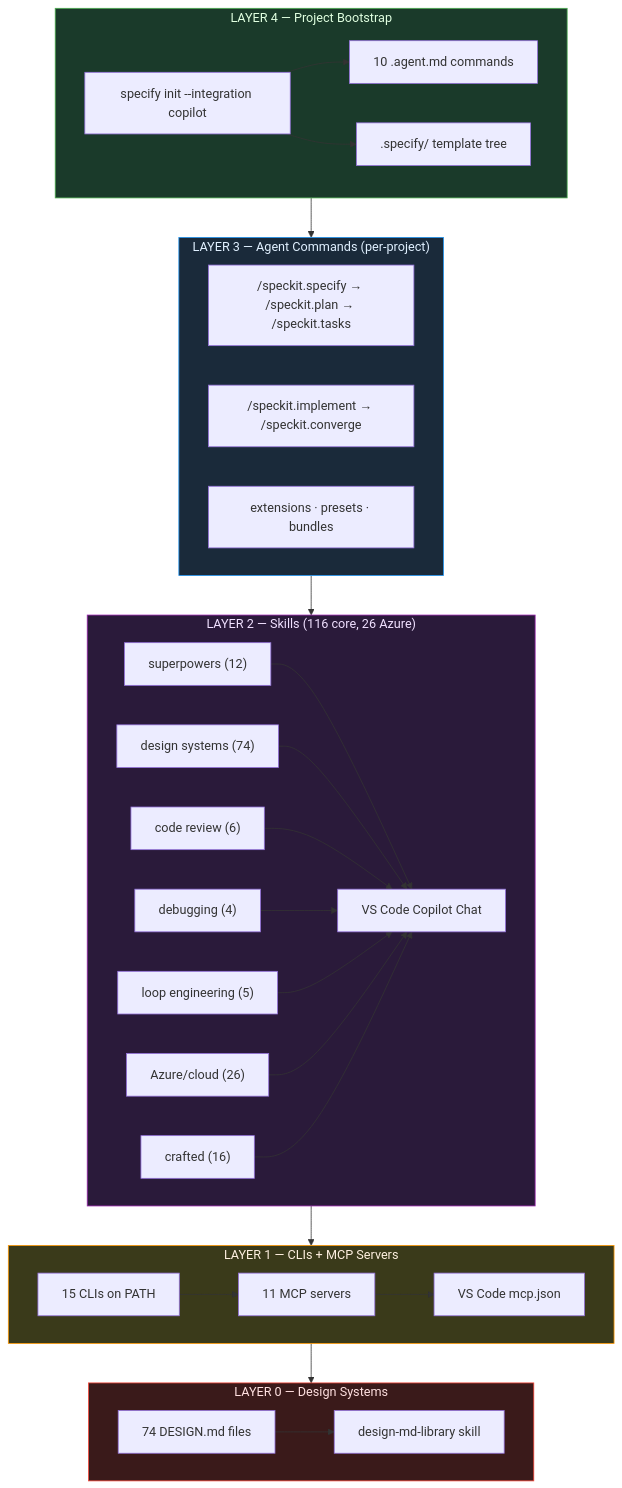
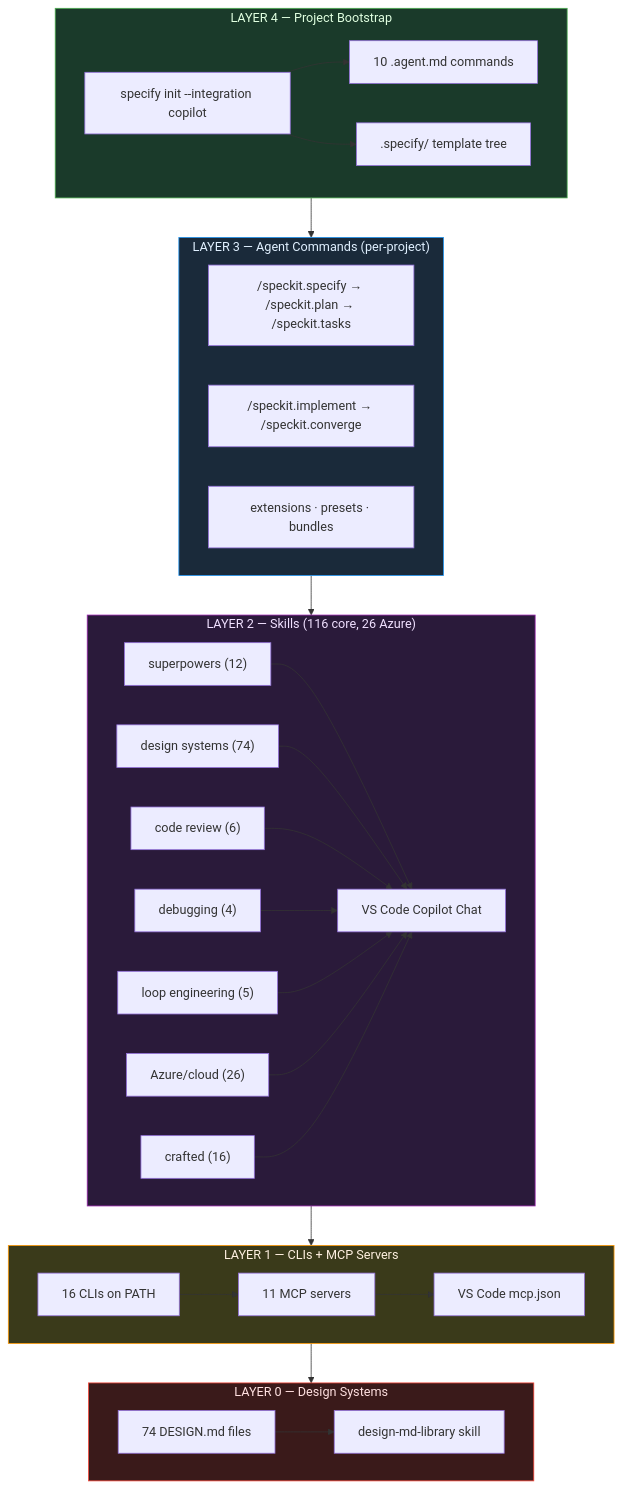
One commit to JZKK720/cubecloud-skilldbundle-setup changed the diagram in README.md. Above: the diagram before and after it, drawn with Mermaid. The commit also changed other lines of this file and 6 other files, not shown here.

````diff
--- a/README.md
+++ b/README.md
@@ -33,48 +33,48 @@
 ```mermaid
 graph TB
     subgraph L4["LAYER 4 — Project Bootstrap"]
         SPEC["specify init --integration copilot"]
         AGENTS["10 .agent.md commands"]
         TEMPLATES[".specify/ template tree"]
         SPEC --> AGENTS
         SPEC --> TEMPLATES
     end
 
     subgraph L3["LAYER 3 — Agent Commands (per-project)"]
         SD["/speckit.specify → /speckit.plan → /speckit.tasks"]
         IM["/speckit.implement → /speckit.converge"]
         EXT["extensions · presets · bundles"]
     end
 
     subgraph L2["LAYER 2 — Skills (116 core, 26 Azure)"]
         direction LR
         METH["superpowers (12)"] --> COPILOT["VS Code Copilot Chat"]
         DSN["design systems (74)"] --> COPILOT
         REV["code review (6)"] --> COPILOT
         DBG["debugging (4)"] --> COPILOT
         LOOP["loop engineering (5)"] --> COPILOT
         AZURE["Azure/cloud (26)"] --> COPILOT
         CRAFT["crafted (16)"] --> COPILOT
     end
 
     subgraph L1["LAYER 1 — CLIs + MCP Servers"]
         direction LR
-        CLI["15 CLIs on PATH"] --> MCP["11 MCP servers"]
+        CLI["16 CLIs on PATH"] --> MCP["11 MCP servers"]
         MCP --> VSCODE["VS Code mcp.json"]
     end
 
     subgraph L0["LAYER 0 — Design Systems"]
         D74["74 DESIGN.md files"] --> LIB["design-md-library skill"]
     end
 
     L4 --> L3
     L3 --> L2
     L2 --> L1
     L1 --> L0
 
     style L4 fill:#1a3a2a,stroke:#4caf50,color:#e0ffe0
     style L3 fill:#1a2a3a,stroke:#2196f3,color:#e0f0ff
     style L2 fill:#2a1a3a,stroke:#9c27b0,color:#f0e0ff
     style L1 fill:#3a3a1a,stroke:#ff9800,color:#fff0e0
     style L0 fill:#3a1a1a,stroke:#f44336,color:#ffe0e0
 ```
````
